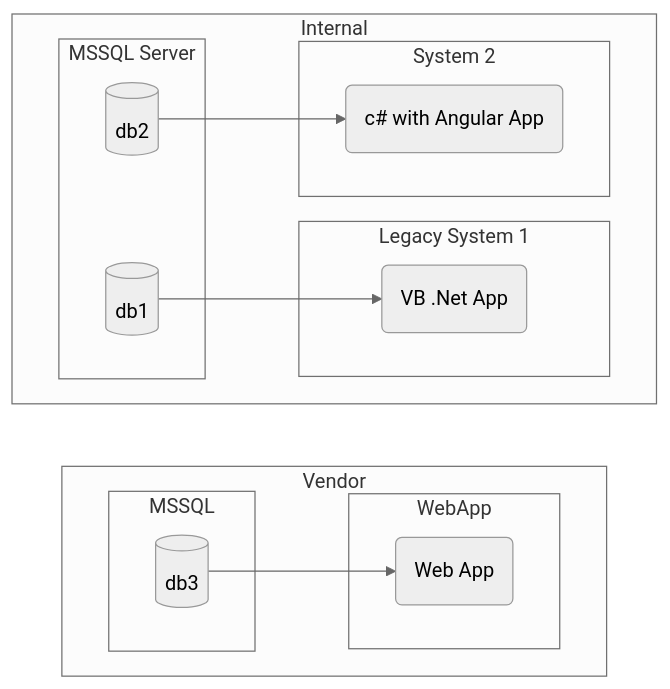
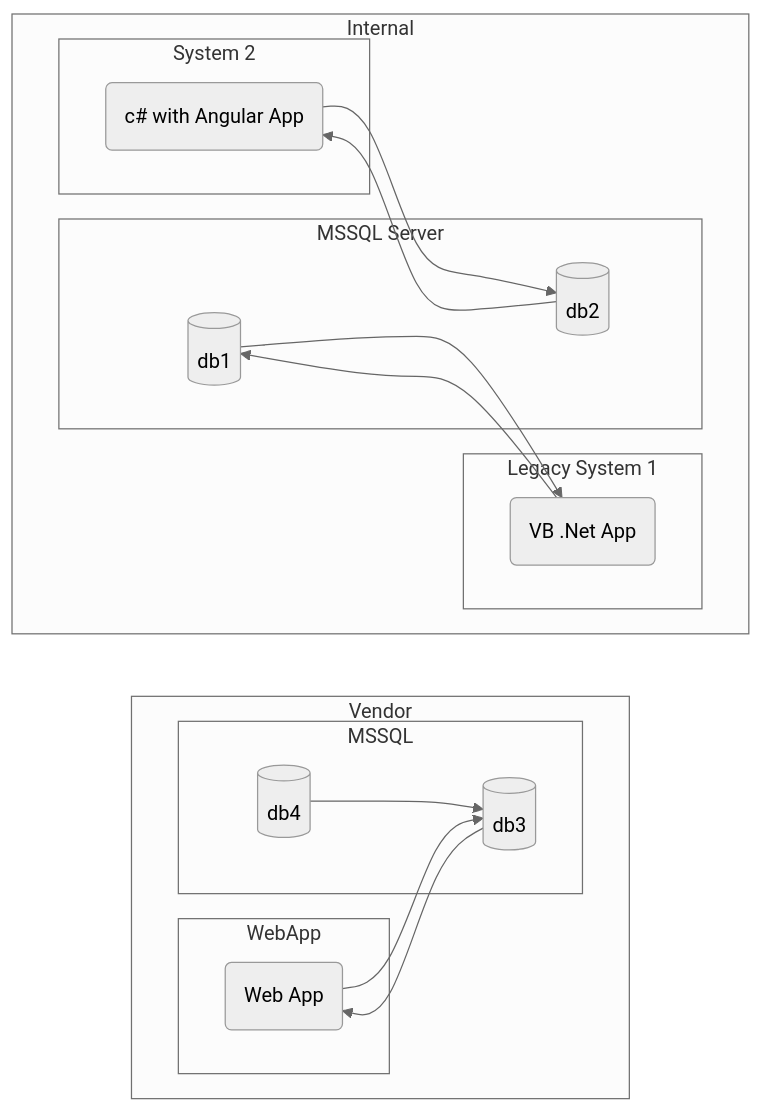
The diagram in outline.md (ryancheley/djangocon-2022), drawn with Mermaid (neutral theme) before and after one commit. The commit also changed 5 other files, not shown here.

````diff
--- a/outline.md
+++ b/outline.md
@@ -1,38 +1,40 @@
 ```mermaid
 
     flowchart LR
     %% Let's setup some objects
         db1[(db1)]
         web1(VB .Net App)
         db2[(db2)]
         web2(c# with Angular App)
         db3[(db3)]
         web3(Web App)
+        db4[(db4)]
 
         subgraph Vendor
         direction LR
             subgraph MSSQL
                 db3
+                db4 --> db3
             end
             subgraph  WebApp
                 web3
             end
-            db3 --> web3
+            db3 --> web3 --> db3
         end
     subgraph Internal
     direction LR
         subgraph MSSQL Server
             db1
             db2
         end
 
         subgraph Legacy System 1
-            db1 --> web1
+            db1 --> web1 --> db1
         end
 
         subgraph System 2
-            db2 --> web2
+            db2 --> web2 --> db2
         end
     end
 
 ```
````
